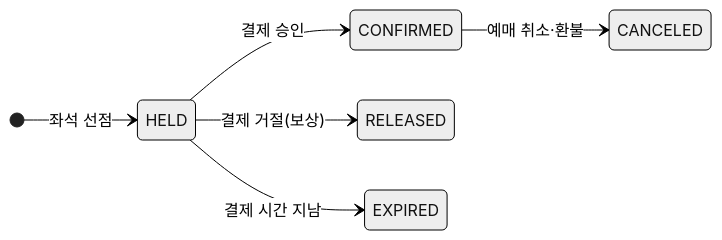
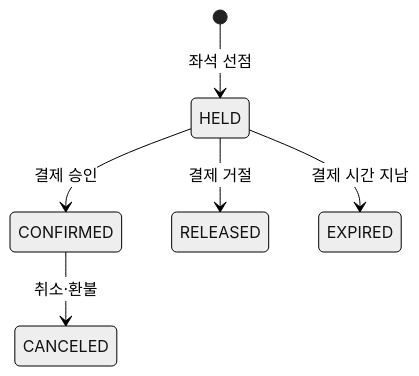
Before and after one commit to GGangMY/high-quality-ticketing-system: the sixth of 10 diagrams in README.md, drawn with Mermaid (neutral theme). The commit also changed other lines of this file and 2 other files, not shown here.

````diff
--- a/README.md
+++ b/README.md
@@ -222,9 +230,8 @@
 ```mermaid
 stateDiagram-v2
-  direction LR
   [*] --> HELD: 좌석 선점
   HELD --> CONFIRMED: 결제 승인
-  HELD --> RELEASED: 결제 거절(보상)
+  HELD --> RELEASED: 결제 거절
   HELD --> EXPIRED: 결제 시간 지남
-  CONFIRMED --> CANCELED: 예매 취소·환불
+  CONFIRMED --> CANCELED: 취소·환불
 ```
````
